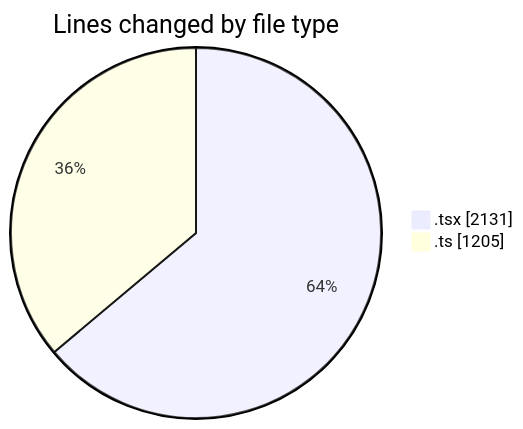
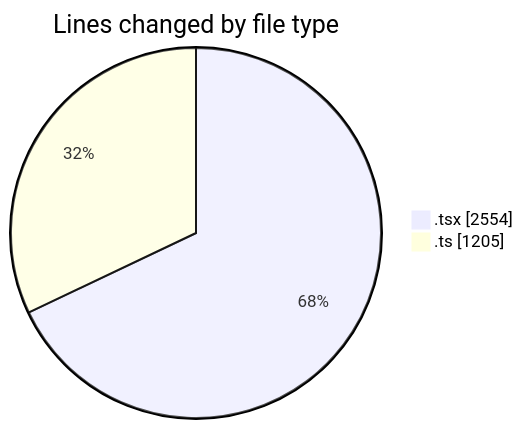
Before and after one commit to nxtqubesakshisongat/code-tracking: the first of 2 diagrams in 2026-02-18/nxtqube_webapp/README.md, drawn with Mermaid. The commit also changed other lines of this file and 1 other file, not shown here.

````diff
--- a/2026-02-18/nxtqube_webapp/README.md
+++ b/2026-02-18/nxtqube_webapp/README.md
@@ -26,6 +27,6 @@
 ```mermaid
 pie showData
 title Lines changed by file type
-".tsx" : 2131
+".tsx" : 2554
 ".ts" : 1205
 ```
````
